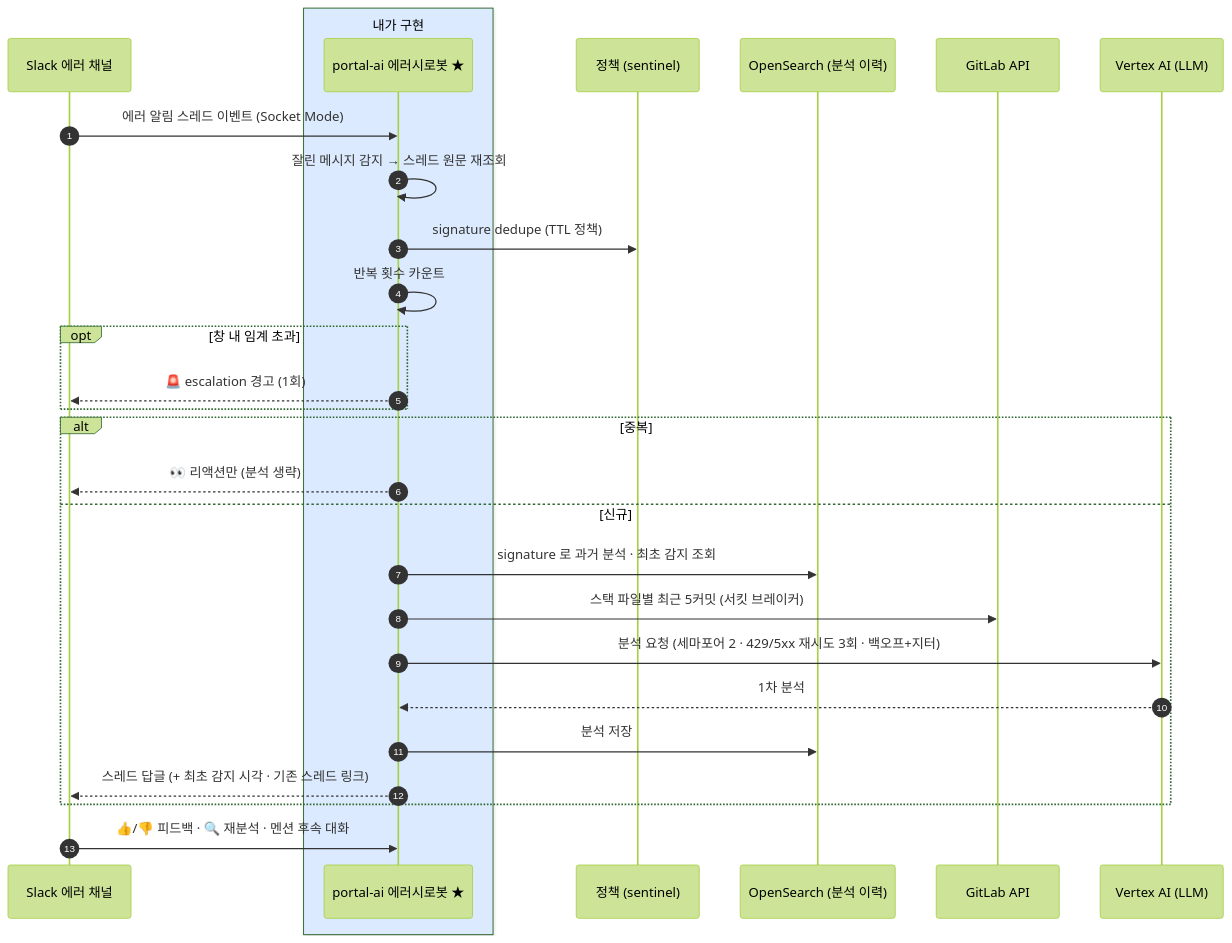
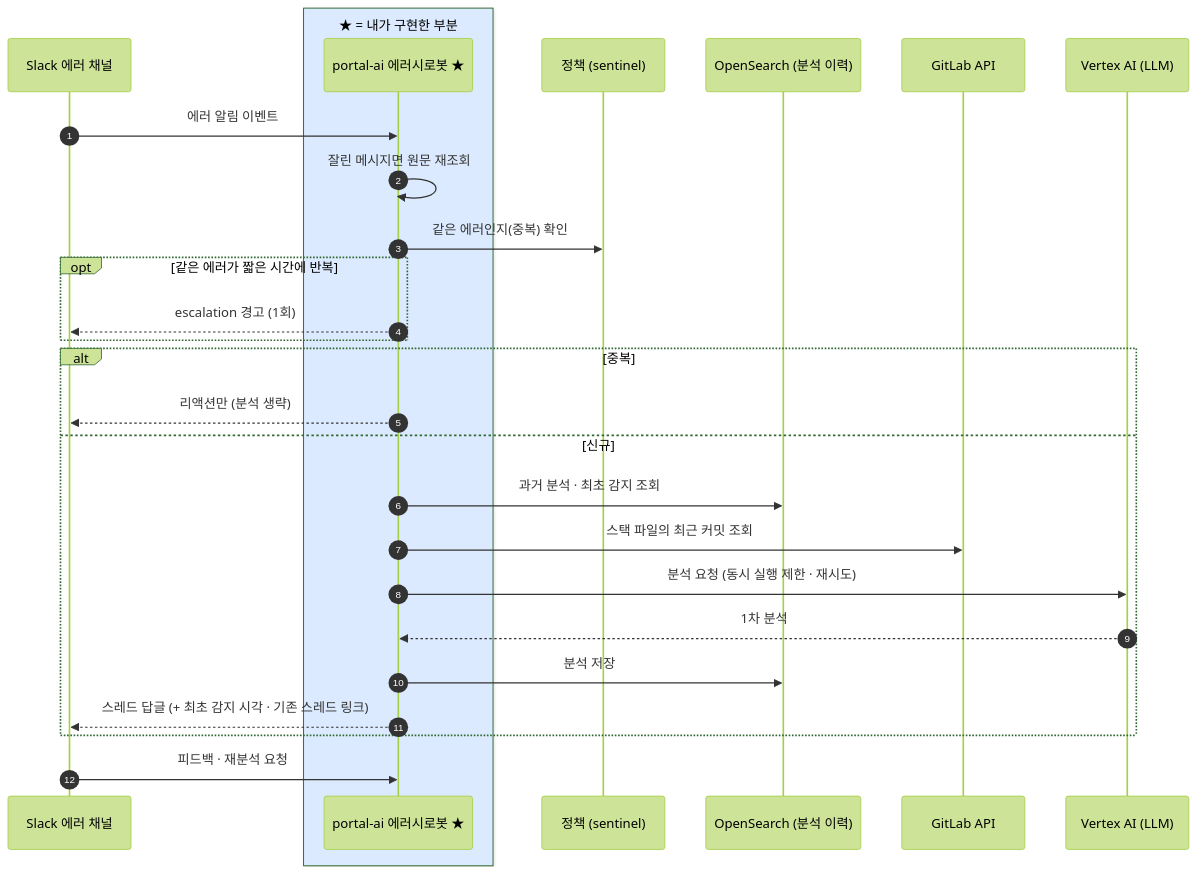
The diagram in content/diagrams/errorbot.mmd (shalwxy/career), drawn with Mermaid (forest theme) before and after one commit. The commit also changed 27 other files, not shown here.

```diff
--- a/content/diagrams/errorbot.mmd
+++ b/content/diagrams/errorbot.mmd
@@ -1,30 +1,29 @@
 %% title: 에러시로봇 — Slack 에러 1차 분석
 %% title_en: Error-triage bot — first-pass analysis in Slack
 sequenceDiagram
     autonumber
     participant S as Slack 에러 채널
-    box rgb(219,234,254) 내가 구현
+    box rgb(219,234,254) ★ = 내가 구현한 부분
     participant B as portal-ai 에러시로봇 ★
     end
     participant P as 정책 (sentinel)
     participant O as OpenSearch (분석 이력)
     participant G as GitLab API
     participant L as Vertex AI (LLM)
-    S->>B: 에러 알림 스레드 이벤트 (Socket Mode)
-    B->>B: 잘린 메시지 감지 → 스레드 원문 재조회
-    B->>P: signature dedupe (TTL 정책)
-    B->>B: 반복 횟수 카운트
-    opt 창 내 임계 초과
-        B-->>S: 🚨 escalation 경고 (1회)
+    S->>B: 에러 알림 이벤트
+    B->>B: 잘린 메시지면 원문 재조회
+    B->>P: 같은 에러인지(중복) 확인
+    opt 같은 에러가 짧은 시간에 반복
+        B-->>S: escalation 경고 (1회)
     end
     alt 중복
-        B-->>S: 👀 리액션만 (분석 생략)
+        B-->>S: 리액션만 (분석 생략)
     else 신규
-        B->>O: signature 로 과거 분석 · 최초 감지 조회
-        B->>G: 스택 파일별 최근 5커밋 (서킷 브레이커)
-        B->>L: 분석 요청 (세마포어 2 · 429/5xx 재시도 3회 · 백오프+지터)
+        B->>O: 과거 분석 · 최초 감지 조회
+        B->>G: 스택 파일의 최근 커밋 조회
+        B->>L: 분석 요청 (동시 실행 제한 · 재시도)
         L-->>B: 1차 분석
         B->>O: 분석 저장
         B-->>S: 스레드 답글 (+ 최초 감지 시각 · 기존 스레드 링크)
     end
-    S->>B: 👍/👎 피드백 · 🔍 재분석 · 멘션 후속 대화
+    S->>B: 피드백 · 재분석 요청
```
